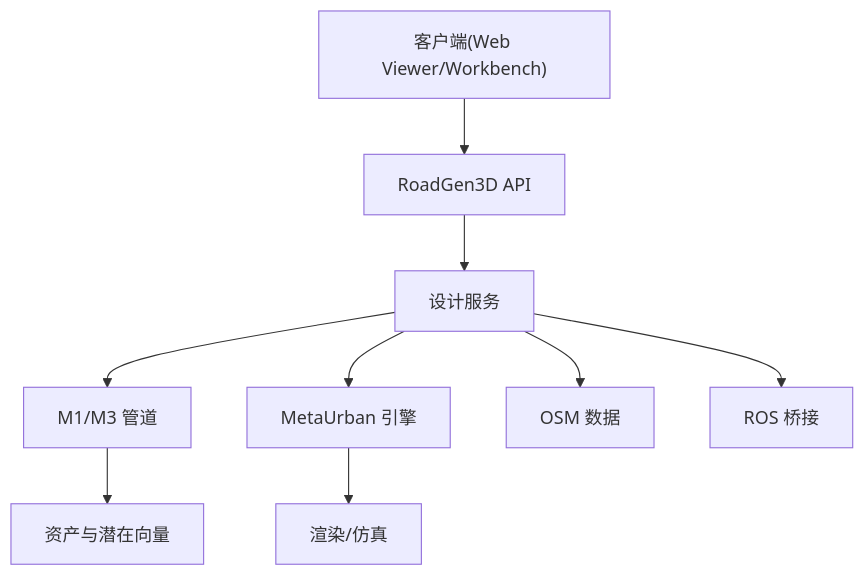
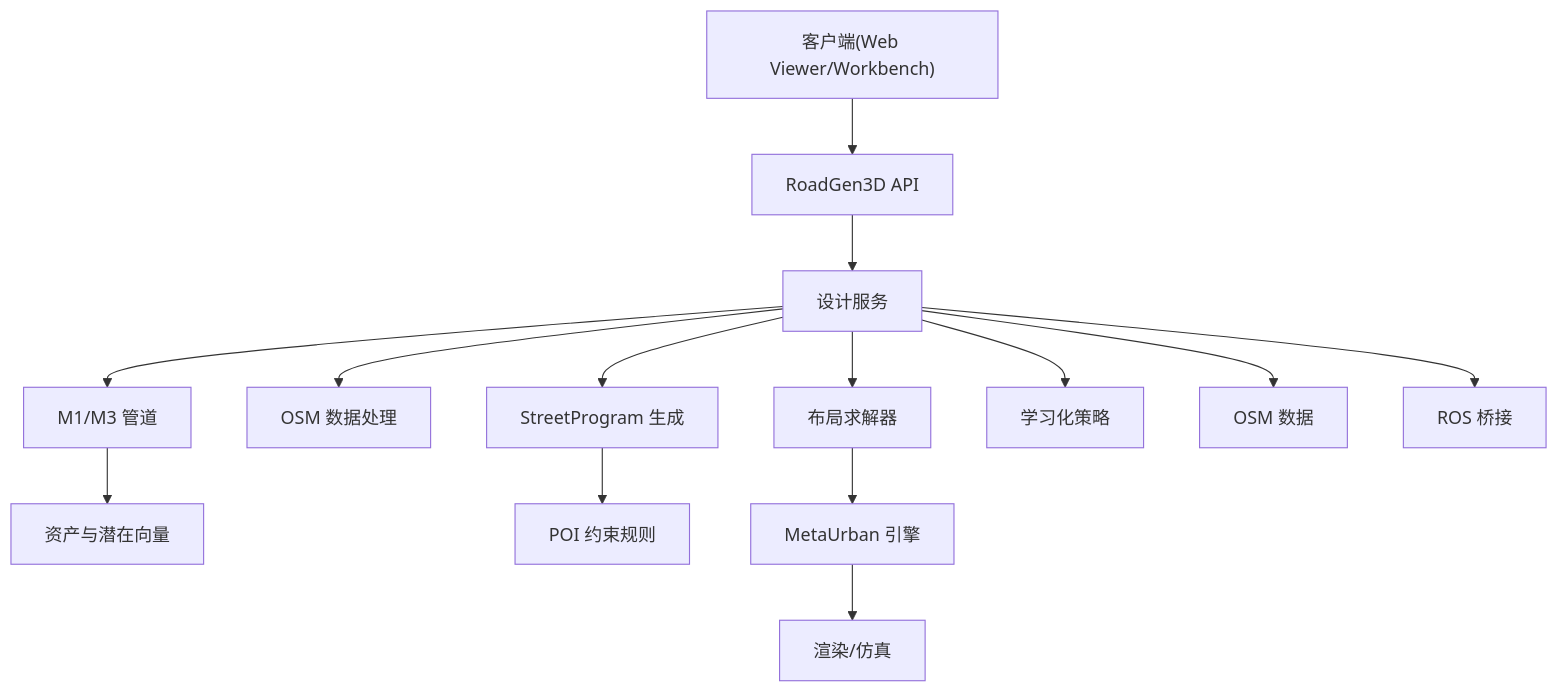
One commit to wsqstar/RoadGen3D changed diagram 17 of 17 in .qoder/repowiki/zh/content/系统架构/系统架构.md. Above: the diagram before and after it, drawn with Mermaid. The commit also changed other lines of this file and 10 other files, not shown here.

First line of the commit message:
docs(architecture): update system architecture with OSM and POI integration

````diff
--- a/.qoder/repowiki/zh/content/系统架构/系统架构.md
+++ b/.qoder/repowiki/zh/content/系统架构/系统架构.md
@@ -406,11 +755,16 @@
 ```mermaid
 graph TB
 Client["客户端(Web Viewer/Workbench)"] --> API["RoadGen3D API"]
 API --> Design["设计服务"]
 Design --> Pipeline["M1/M3 管道"]
+Design --> OSM["OSM 数据处理"]
+Design --> Program["StreetProgram 生成"]
+Design --> Solver["布局求解器"]
+Design --> Policy["学习化策略"]
 Pipeline --> Assets["资产与潜在向量"]
-Design --> Engine["MetaUrban 引擎"]
+Program --> Rules["POI 约束规则"]
+Solver --> Engine["MetaUrban 引擎"]
 Engine --> Render["渲染/仿真"]
-Design --> OSM["OSM 数据"]
+Design --> OSMData["OSM 数据"]
 Design --> ROS["ROS 桥接"]
 ```
````
